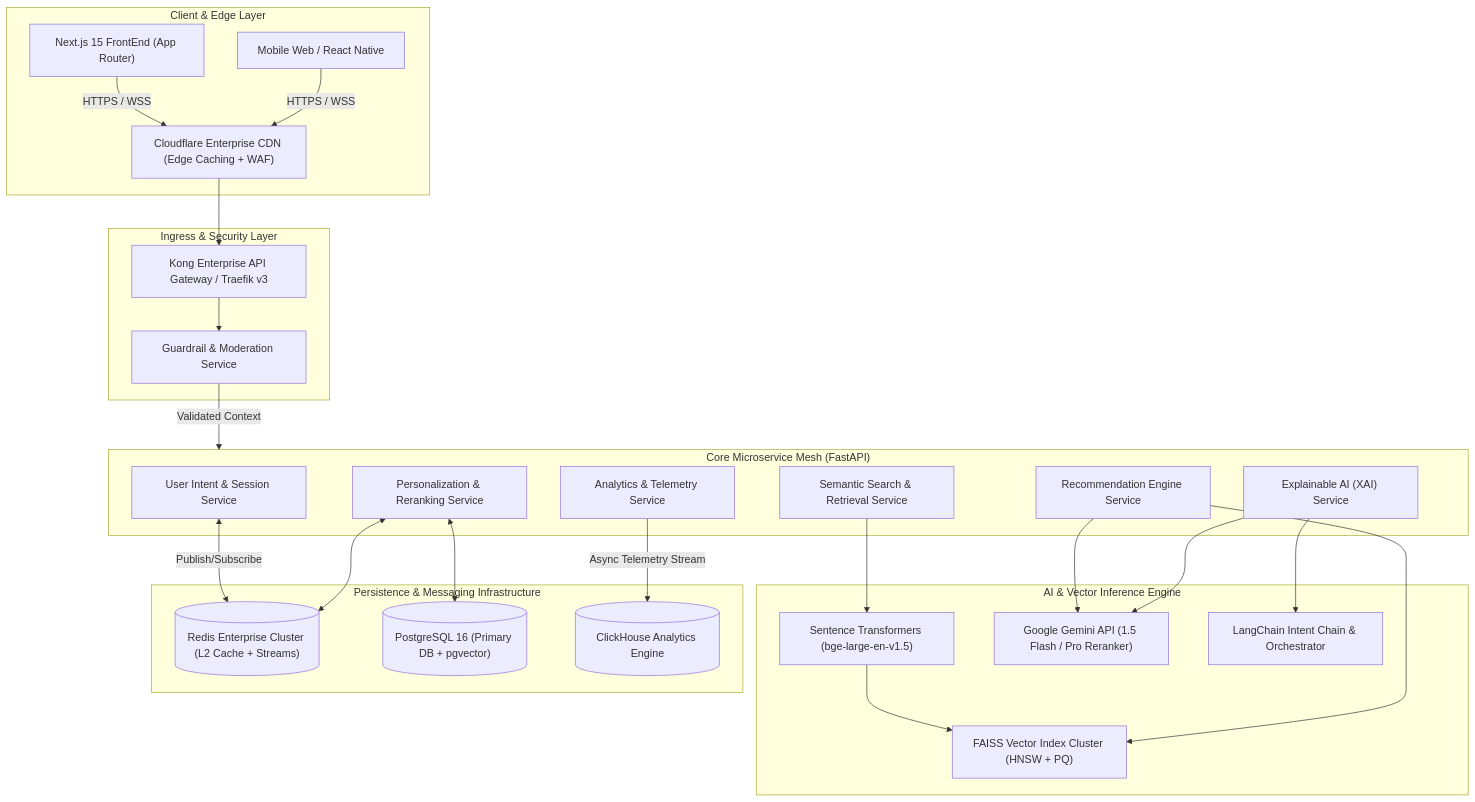
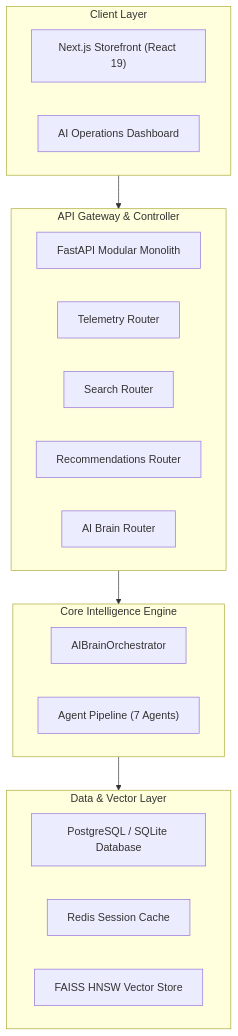
The first of 3 diagrams in ARCHITECTURE.md (saipraveen-k/IntentIQ), drawn with Mermaid before and after one commit. The commit also changed other lines of this file and 17 other files, not shown here.

````diff
--- a/ARCHITECTURE.md
+++ b/ARCHITECTURE.md
@@ -26,55 +11,30 @@
 ```mermaid
 flowchart TB
-    subgraph Client_Layer ["Client & Edge Layer"]
-        UI["Next.js 15 FrontEnd (App Router)"]
-        Mobile["Mobile Web / React Native"]
-        EdgeCDN["Cloudflare Enterprise CDN (Edge Caching + WAF)"]
+    subgraph ClientLayer ["Client Layer"]
+        Storefront["Next.js Storefront (React 19)"]
+        Dashboard["AI Operations Dashboard"]
     end
 
-    subgraph Ingress_Layer ["Ingress & Security Layer"]
-        APIGW["Kong Enterprise API Gateway / Traefik v3"]
-        Guardrail["Guardrail & Moderation Service"]
+    subgraph APILayer ["API Gateway & Controller"]
+        FastAPI["FastAPI Modular Monolith"]
+        TelemetryAPI["Telemetry Router"]
+        SearchAPI["Search Router"]
+        RecsAPI["Recommendations Router"]
+        BrainAPI["AI Brain Router"]
     end
 
-    subgraph Service_Layer ["Core Microservice Mesh (FastAPI)"]
-        UserIntentSvc["User Intent & Session Service"]
-        SearchSvc["Semantic Search & Retrieval Service"]
-        RecSvc["Recommendation Engine Service"]
-        PersonalizationSvc["Personalization & Reranking Service"]
-        XAISvc["Explainable AI (XAI) Service"]
-        AnalyticsSvc["Analytics & Telemetry Service"]
+    subgraph CoreEngine ["Core Intelligence Engine"]
+        Orchestrator["AIBrainOrchestrator"]
+        Agents["Agent Pipeline (7 Agents)"]
     end
 
-    subgraph AI_Engine ["AI & Vector Inference Engine"]
-        BiEncoder["Sentence Transformers (bge-large-en-v1.5)"]
-        FaissCluster["FAISS Vector Index Cluster (HNSW + PQ)"]
-        GeminiLLM["Google Gemini API (1.5 Flash / Pro Reranker)"]
-        LangChainEngine["LangChain Intent Chain & Orchestrator"]
+    subgraph DataStorage ["Data & Vector Layer"]
+        PostgreSQL["PostgreSQL / SQLite Database"]
+        Redis["Redis Session Cache"]
+        FAISS["FAISS HNSW Vector Store"]
     end
 
-    subgraph Data_Layer ["Persistence & Messaging Infrastructure"]
-        RedisCluster[("Redis Enterprise Cluster (L2 Cache + Streams)")]
-        PostgresDB[("PostgreSQL 16 (Primary DB + pgvector)")]
-        ClickHouseDB[("ClickHouse Analytics Engine")]
-    end
-
-    %% Flow Connections
-    UI -->|HTTPS / WSS| EdgeCDN
-    Mobile -->|HTTPS / WSS| EdgeCDN
-    EdgeCDN --> APIGW
-    APIGW --> Guardrail
-    Guardrail -->|Validated Context| Service_Layer
-
-    UserIntentSvc <-->|Publish/Subscribe| RedisCluster
-    AnalyticsSvc -->|Async Telemetry Stream| ClickHouseDB
-
-    SearchSvc --> BiEncoder
-    BiEncoder --> FaissCluster
-    RecSvc --> FaissCluster
-    RecSvc --> GeminiLLM
-
-    PersonalizationSvc <--> PostgresDB
-    PersonalizationSvc <--> RedisCluster
-    XAISvc --> GeminiLLM
-    XAISvc --> LangChainEngine
+    ClientLayer --> APILayer
+    APILayer --> CoreEngine
+    CoreEngine --> DataStorage
 ```
````
